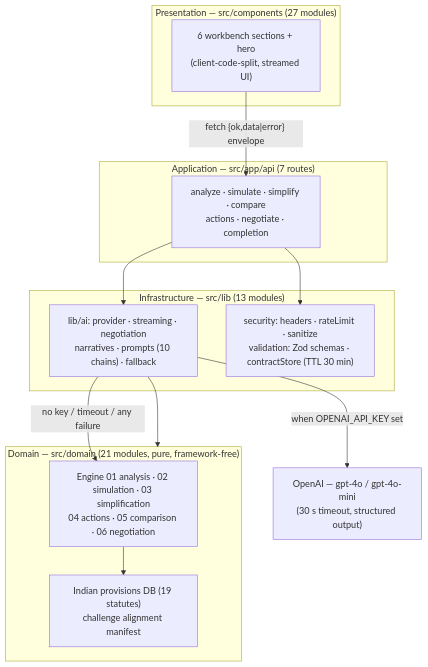
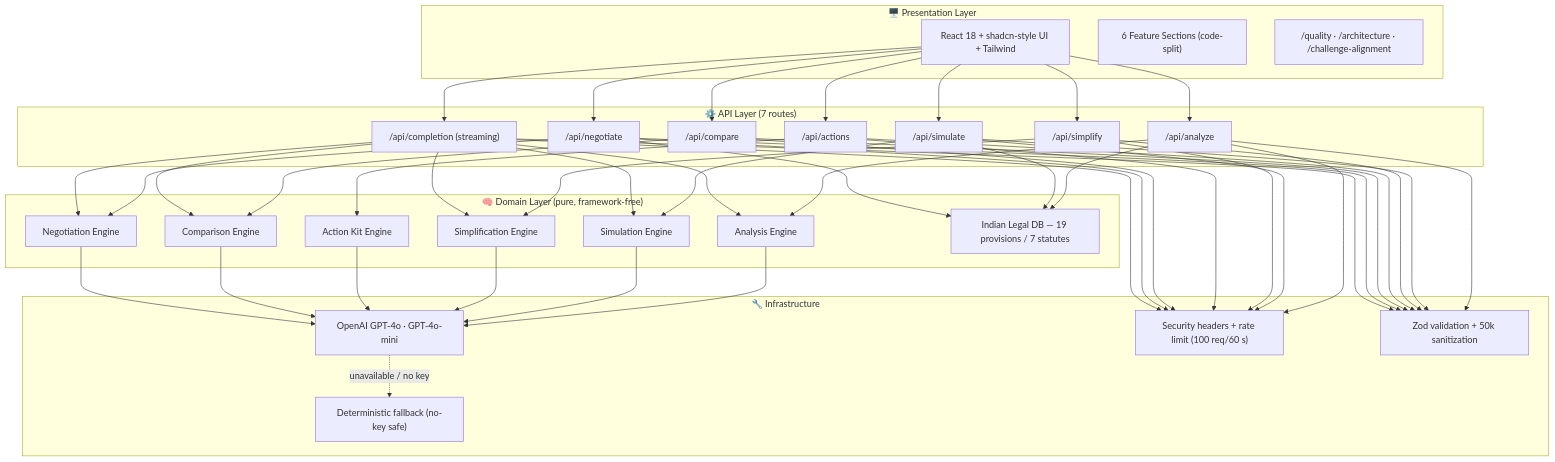
The first of 4 diagrams in public/docs/README.md (vignesh06-OG/nyayalens-ai), drawn with Mermaid before and after one commit. The commit also changed other lines of this file and 9 other files, not shown here.

First line of the commit message:
docs: README overhaul — live screenshots, 4 Mermaid diagrams, quality dashboard

````diff
--- a/public/docs/README.md
+++ b/public/docs/README.md
@@ -39,26 +95,43 @@
 ```mermaid
-flowchart TD
-    subgraph P["Presentation — src/components (27 modules)"]
-        UI["6 workbench sections + hero<br/>(client-code-split, streamed UI)"]
+graph TB
+    subgraph Presentation["🖥️ Presentation Layer"]
+        UI["React 18 + shadcn-style UI + Tailwind"]
+        SECTIONS["6 Feature Sections (code-split)"]
+        EVIDENCE["/quality · /architecture · /challenge-alignment"]
     end
-    subgraph A["Application — src/app/api (7 routes)"]
-        API["analyze · simulate · simplify · compare<br/>actions · negotiate · completion"]
+    subgraph Application["⚙️ API Layer (7 routes)"]
+        A1["/api/analyze"]
+        A2["/api/simulate"]
+        A3["/api/simplify"]
+        A4["/api/actions"]
+        A5["/api/compare"]
+        A6["/api/negotiate"]
+        A7["/api/completion (streaming)"]
     end
-    subgraph I["Infrastructure — src/lib (13 modules)"]
-        AI["lib/ai: provider · streaming · negotiation<br/>narratives · prompts (10 chains) · fallback"]
-        SEC["security: headers · rateLimit · sanitize<br/>validation: Zod schemas · contractStore (TTL 30 min)"]
+    subgraph Domain["🧠 Domain Layer (pure, framework-free)"]
+        D1["Analysis Engine"]
+        D2["Simulation Engine"]
+        D3["Simplification Engine"]
+        D4["Action Kit Engine"]
+        D5["Comparison Engine"]
+        D6["Negotiation Engine"]
+        D7["Indian Legal DB — 19 provisions / 7 statutes"]
     end
-    subgraph D["Domain — src/domain (21 modules, pure, framework-free)"]
-        E["Engine 01 analysis · 02 simulation · 03 simplification<br/>04 actions · 05 comparison · 06 negotiation"]
-        L["Indian provisions DB (19 statutes)<br/>challenge alignment manifest"]
+    subgraph Infrastructure["🔧 Infrastructure"]
+        AI["OpenAI GPT-4o · GPT-4o-mini"]
+        SEC["Security headers + rate limit (100 req/60 s)"]
+        VAL["Zod validation + 50k sanitization"]
+        FB["Deterministic fallback (no-key safe)"]
     end
-    OAI["OpenAI — gpt-4o / gpt-4o-mini<br/>(30 s timeout, structured output)"]
-
-    UI -->|"fetch {ok,data|error} envelope"| API
-    API --> SEC
-    API --> AI
-    AI -->|"when OPENAI_API_KEY set"| OAI
-    AI -->|"no key / timeout / any failure"| E
-    AI --> D
-    E --> L
+    UI --> A1 & A2 & A3 & A4 & A5 & A6 & A7
+    A1 --> D1 & D7
+    A2 --> D2 & D7
+    A3 --> D3
+    A4 --> D4
+    A5 --> D5
+    A6 --> D6 & D7
+    A7 --> D1 & D2 & D3 & D5 & D6
+    D1 & D2 & D3 & D4 & D5 & D6 --> AI
+    A1 & A2 & A3 & A4 & A5 & A6 & A7 --> SEC & VAL
+    AI -.->|"unavailable / no key"| FB
 ```
````
